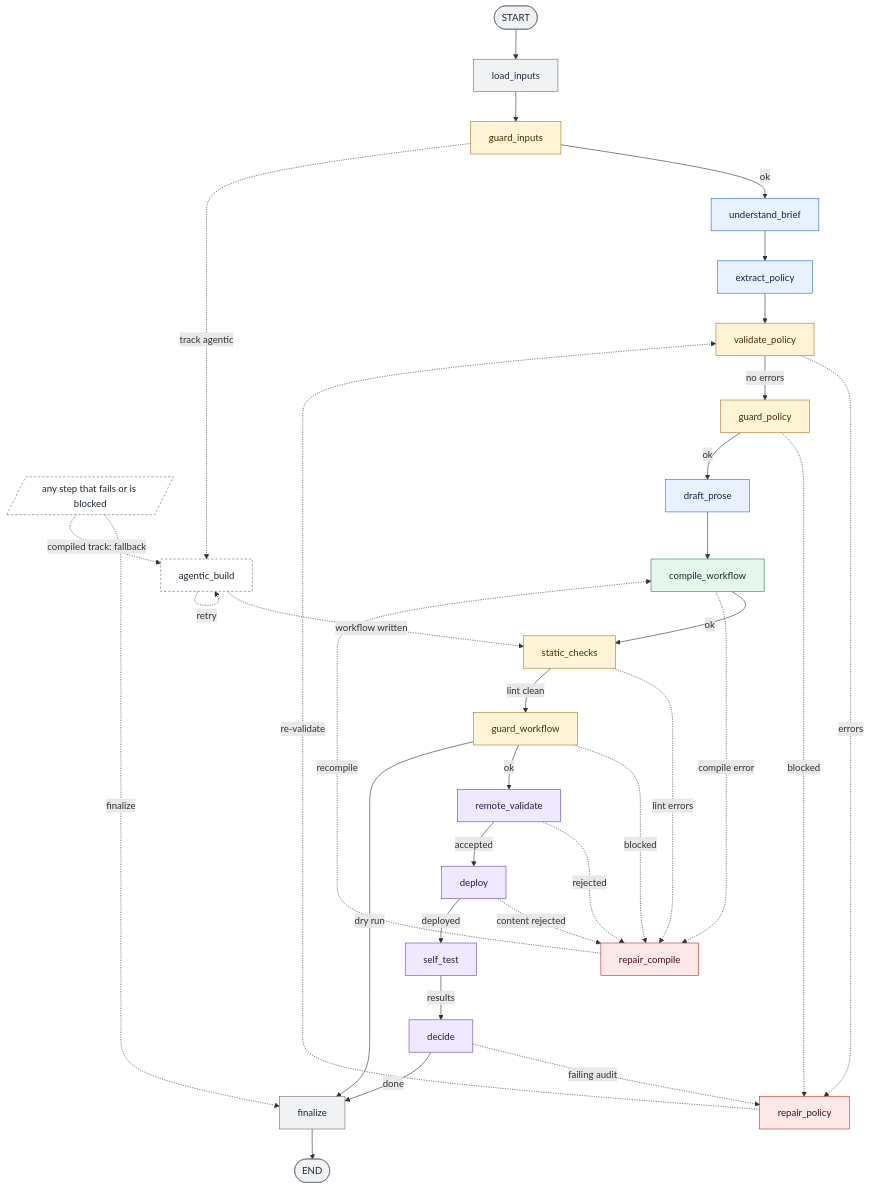
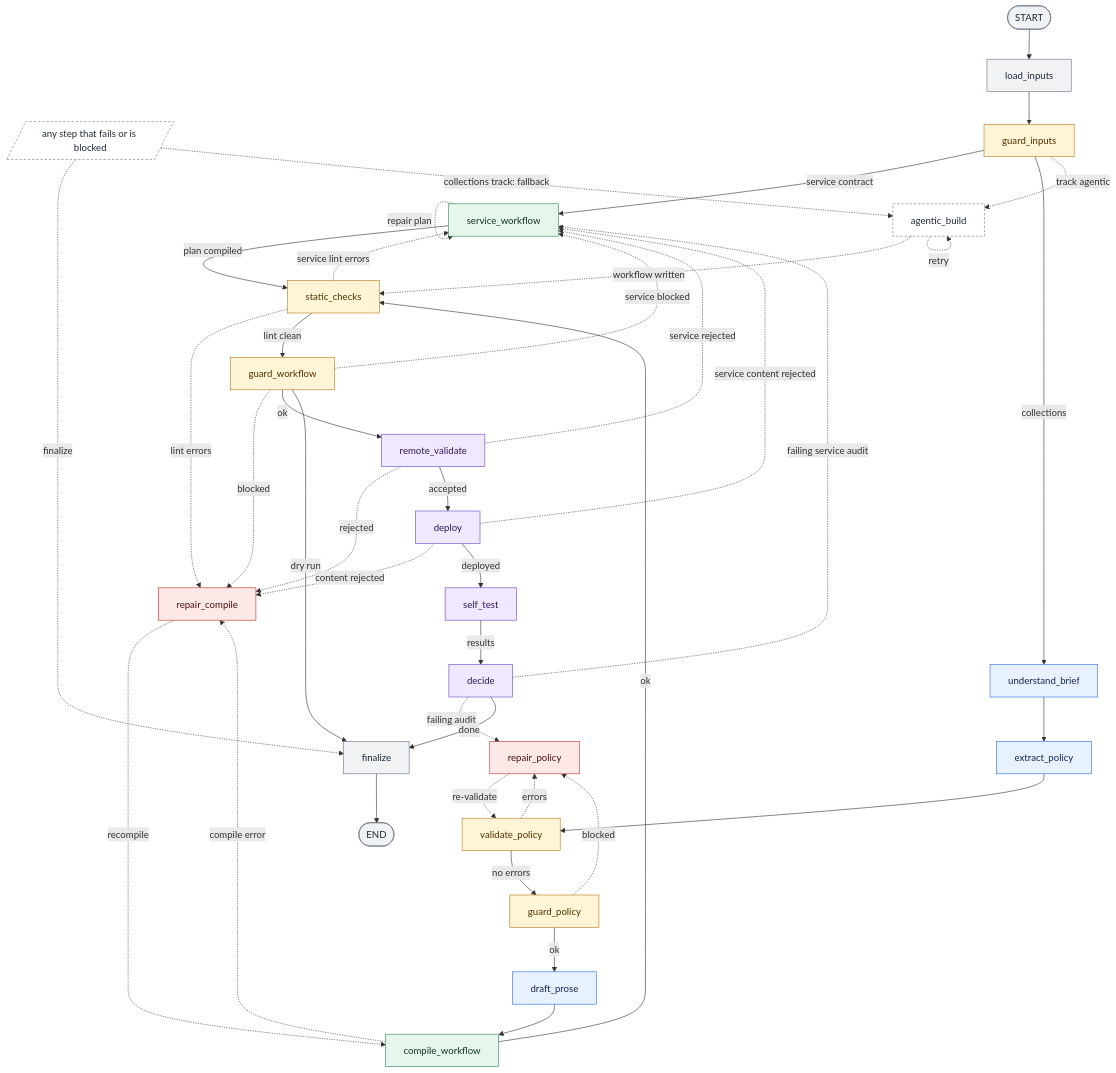
The diagram in builder/graph/README.md (theFellandes/FreyaHackaton), drawn with Mermaid before and after one commit. The commit also changed 77 other files, not shown here.

Commit message:
Support source-grounded service agents and deploy final bank mock

````diff
--- a/builder/graph/README.md
+++ b/builder/graph/README.md
@@ -21,52 +21,60 @@
 ```mermaid
 flowchart TD
     __start__(["START"])
     __end__(["END"])
     exits[/"any step that fails or is blocked"/]
     __start__ --> load_inputs
     load_inputs --> guard_inputs
-    guard_inputs -->|"ok"| understand_brief
+    guard_inputs -->|"service contract"| service_workflow
+    guard_inputs -->|"collections"| understand_brief
     guard_inputs -.->|"track agentic"| agentic_build
+    service_workflow -.->|"repair plan"| service_workflow
+    service_workflow -->|"plan compiled"| static_checks
     understand_brief --> extract_policy
     extract_policy --> validate_policy
     validate_policy -.->|"errors"| repair_policy
     validate_policy -->|"no errors"| guard_policy
     repair_policy -.->|"re-validate"| validate_policy
     guard_policy -.->|"blocked"| repair_policy
     guard_policy -->|"ok"| draft_prose
     draft_prose --> compile_workflow
     compile_workflow -->|"ok"| static_checks
     compile_workflow -.->|"compile error"| repair_compile
+    static_checks -.->|"service lint errors"| service_workflow
     static_checks -.->|"lint errors"| repair_compile
     static_checks -->|"lint clean"| guard_workflow
     repair_compile -.->|"recompile"| compile_workflow
+    guard_workflow -.->|"service blocked"| service_workflow
     guard_workflow -.->|"blocked"| repair_compile
     guard_workflow -->|"ok"| remote_validate
     guard_workflow -->|"dry run"| finalize
+    remote_validate -.->|"service rejected"| service_workflow
     remote_validate -.->|"rejected"| repair_compile
     remote_validate -->|"accepted"| deploy
+    deploy -.->|"service content rejected"| service_workflow
     deploy -.->|"content rejected"| repair_compile
     deploy -->|"deployed"| self_test
     self_test -->|"results"| decide
+    decide -.->|"failing service audit"| service_workflow
     decide -.->|"failing audit"| repair_policy
     decide -->|"done"| finalize
     agentic_build -.->|"workflow written"| static_checks
     agentic_build -.->|"retry"| agentic_build
     finalize --> __end__
     exits -.->|"finalize"| finalize
-    exits -.->|"compiled track: fallback"| agentic_build
+    exits -.->|"collections track: fallback"| agentic_build
     classDef llm fill:#e8f1ff,stroke:#2f6fdb,color:#10264d
     class understand_brief,extract_policy,draft_prose llm
     classDef check fill:#fff4d6,stroke:#b7791f,color:#4a3200
     class guard_inputs,validate_policy,guard_policy,static_checks,guard_workflow check
     classDef repair fill:#fde8e8,stroke:#c53030,color:#4a1010
     class repair_policy,repair_compile repair
     classDef build fill:#e6f6ec,stroke:#2f855a,color:#12351f
-    class compile_workflow build
+    class service_workflow,compile_workflow build
     classDef platform fill:#efe8ff,stroke:#6b46c1,color:#2a1a52
     class remote_validate,deploy,self_test,decide platform
     classDef fallback fill:#fff,stroke:#6b7280,stroke-dasharray:4 3,color:#1f2937
     class agentic_build,exits fallback
     classDef plain fill:#f1f2f4,stroke:#6b7280,color:#1f2937
     class __start__,load_inputs,finalize,__end__ plain
 ```
````
